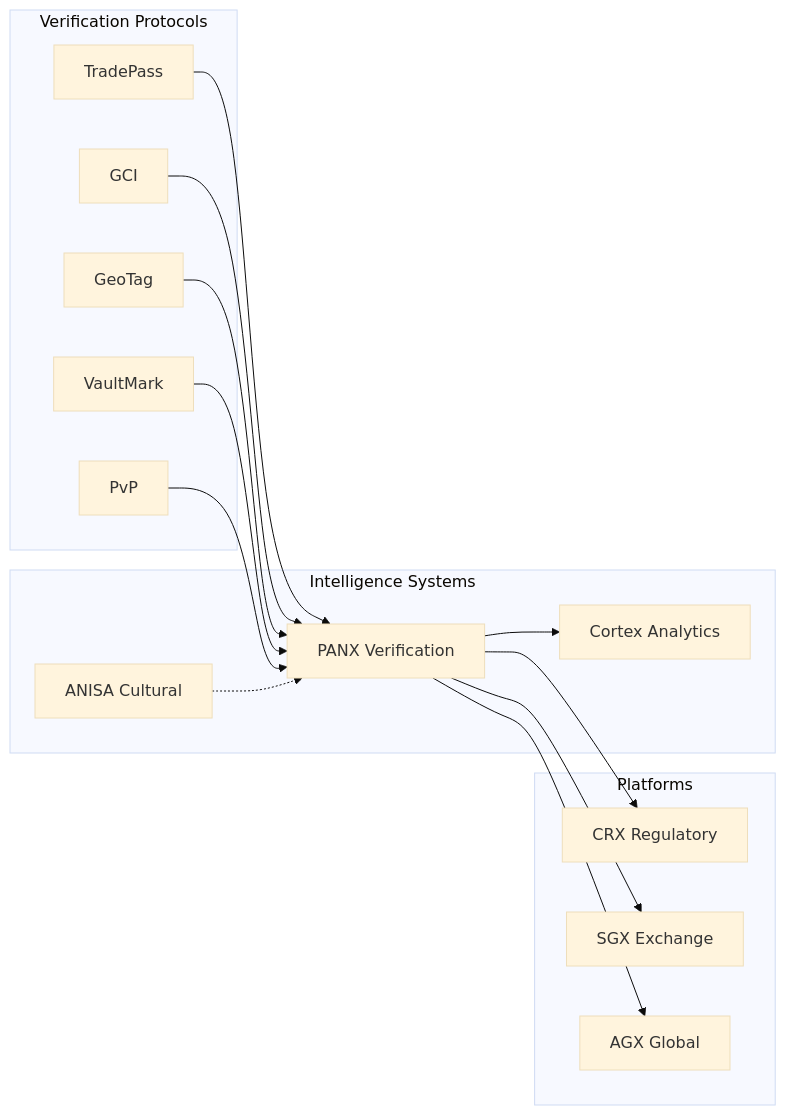
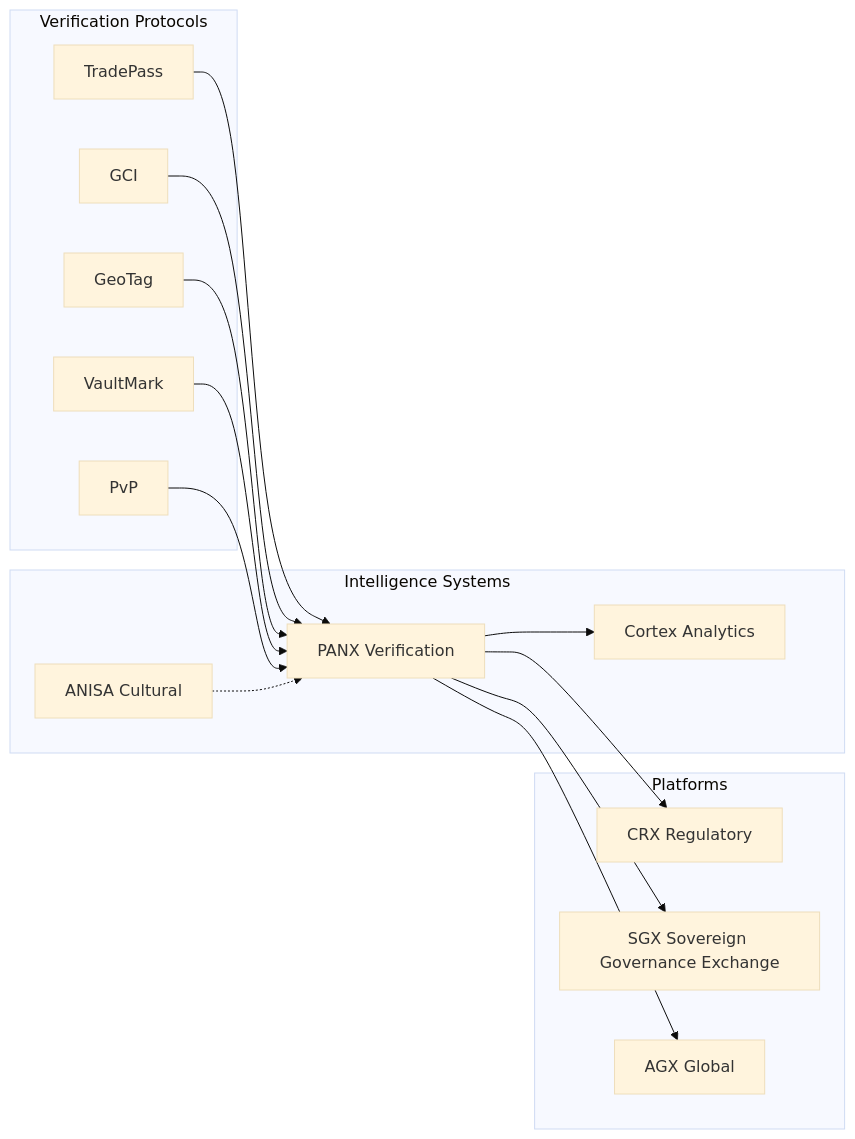
The ninth of 16 diagrams in profile/README.md (gtcx-protocol/.github), drawn with Mermaid (base theme) before and after one commit. The commit also changed other lines of this file, not shown here.

````diff
--- a/profile/README.md
+++ b/profile/README.md
@@ -288,30 +334,30 @@
 ```mermaid
 flowchart LR
   subgraph VP["Verification Protocols"]
     TP["TradePass"]
     GCI["GCI"]
     GT["GeoTag"]
     VM["VaultMark"]
     PVP["PvP"]
   end
   subgraph RS["Intelligence Systems"]
     PANX["PANX Verification"]
     ANISA["ANISA Cultural"]
     CORTEX["Cortex Analytics"]
   end
   subgraph PL["Platforms"]
     CRX["CRX Regulatory"]
-    SGX["SGX Exchange"]
+    SGX["SGX Sovereign Governance Exchange"]
     AGX["AGX Global"]
   end
   TP --> PANX
   GCI --> PANX
   GT --> PANX
   VM --> PANX
   PVP --> PANX
   ANISA -.-> PANX
   PANX --> CORTEX
   PANX --> CRX
   PANX --> SGX
   PANX --> AGX
 ```
````
